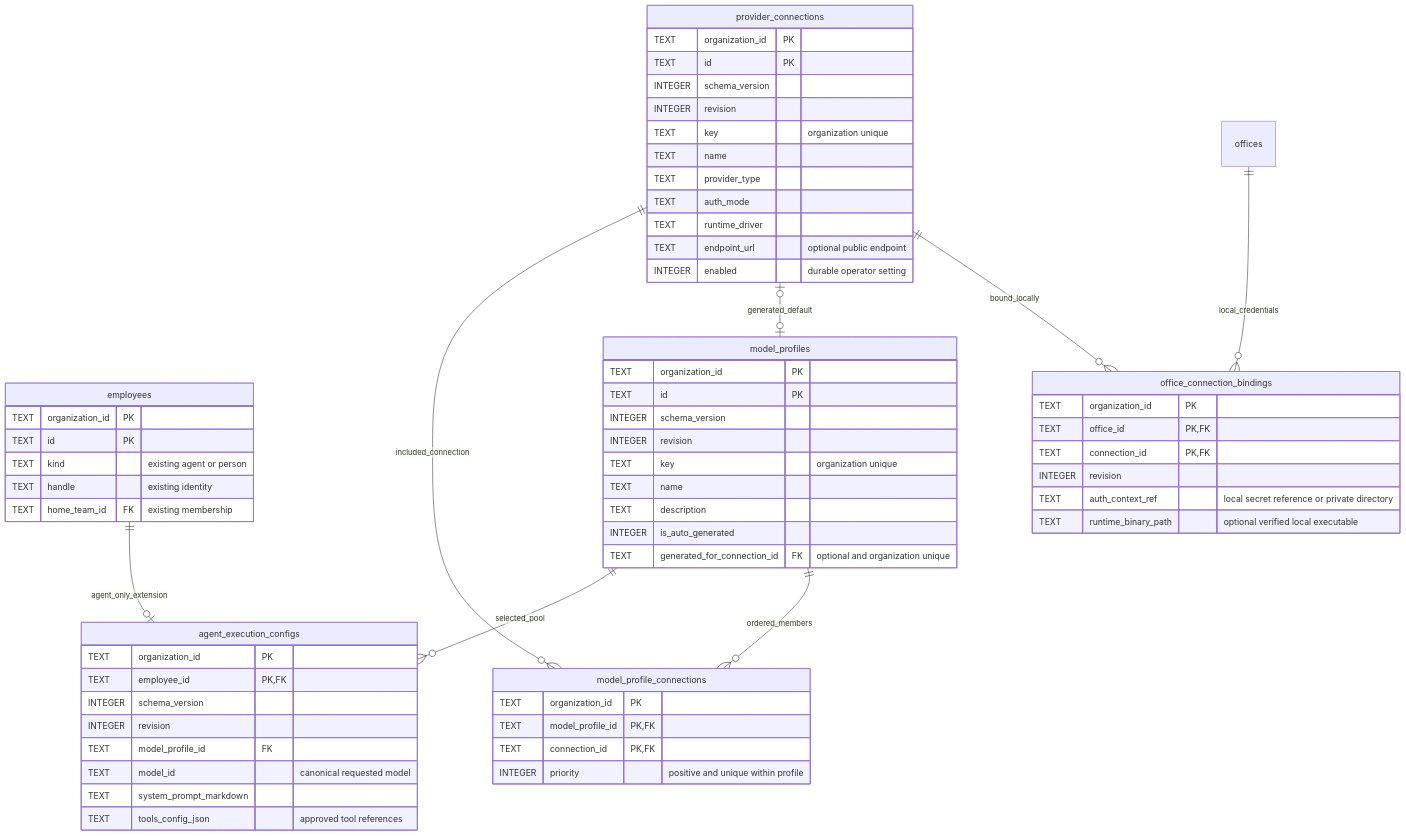
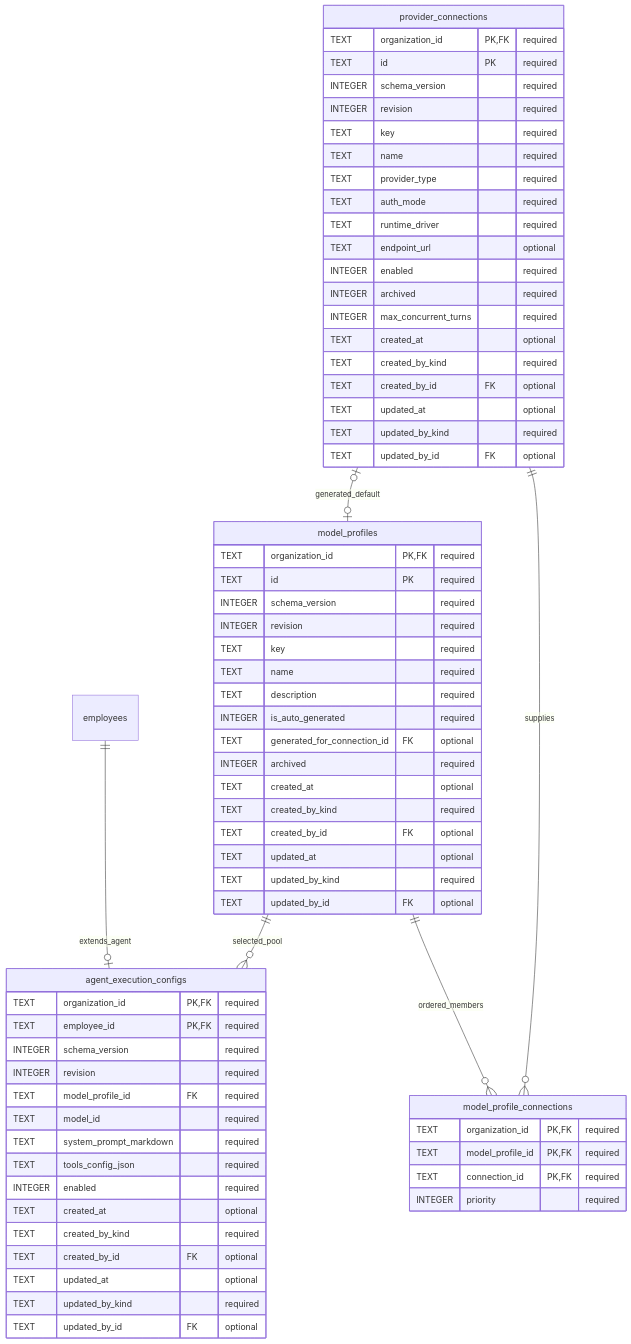
The third of 4 diagrams in docs/design/organization-data/11-agent-execution-pools-addendum.md (vgmello/agentic-org), drawn with Mermaid before and after one commit. The commit also changed other lines of this file, not shown here.

Commit message:
docs: define agent execution implementation contract

````diff
--- a/docs/design/organization-data/11-agent-execution-pools-addendum.md
+++ b/docs/design/organization-data/11-agent-execution-pools-addendum.md
@@ -71,65 +299,70 @@
 ```mermaid
 erDiagram
-    employees ||--o| agent_execution_configs : agent_only_extension
+    employees ||--o| agent_execution_configs : extends_agent
     model_profiles ||--o{ agent_execution_configs : selected_pool
     model_profiles ||--o{ model_profile_connections : ordered_members
-    provider_connections ||--o{ model_profile_connections : included_connection
+    provider_connections ||--o{ model_profile_connections : supplies
     provider_connections o|--o| model_profiles : generated_default
-    offices ||--o{ office_connection_bindings : local_credentials
-    provider_connections ||--o{ office_connection_bindings : bound_locally
-    employees {
-        TEXT organization_id PK
-        TEXT id PK
-        TEXT kind "existing agent or person"
-        TEXT handle "existing identity"
-        TEXT home_team_id FK "existing membership"
+    provider_connections {
+        TEXT organization_id PK, FK "required"
+        TEXT id PK "required"
+        INTEGER schema_version "required"
+        INTEGER revision "required"
+        TEXT key "required"
+        TEXT name "required"
+        TEXT provider_type "required"
+        TEXT auth_mode "required"
+        TEXT runtime_driver "required"
+        TEXT endpoint_url "optional"
+        INTEGER enabled "required"
+        INTEGER archived "required"
+        INTEGER max_concurrent_turns "required"
+        TEXT created_at "optional"
+        TEXT created_by_kind "required"
+        TEXT created_by_id FK "optional"
+        TEXT updated_at "optional"
+        TEXT updated_by_kind "required"
+        TEXT updated_by_id FK "optional"
+    }
+    model_profiles {
+        TEXT organization_id PK, FK "required"
+        TEXT id PK "required"
+        INTEGER schema_version "required"
+        INTEGER revision "required"
+        TEXT key "required"
+        TEXT name "required"
+        TEXT description "required"
+        INTEGER is_auto_generated "required"
+        TEXT generated_for_connection_id FK "optional"
+        INTEGER archived "required"
+        TEXT created_at "optional"
+        TEXT created_by_kind "required"
+        TEXT created_by_id FK "optional"
+        TEXT updated_at "optional"
+        TEXT updated_by_kind "required"
+        TEXT updated_by_id FK "optional"
+    }
+    model_profile_connections {
+        TEXT organization_id PK, FK "required"
+        TEXT model_profile_id PK, FK "required"
+        TEXT connection_id PK, FK "required"
+        INTEGER priority "required"
     }
     agent_execution_configs {
-        TEXT organization_id PK
-        TEXT employee_id PK, FK
-        INTEGER schema_version
-        INTEGER revision
-        TEXT model_profile_id FK
-        TEXT model_id "canonical requested model"
-        TEXT system_prompt_markdown
-        TEXT tools_config_json "approved tool references"
-    }
-    provider_connections {
-        TEXT organization_id PK
-        TEXT id PK
-        INTEGER schema_version
-        INTEGER revision
-        TEXT key "organization unique"
-        TEXT name
-        TEXT provider_type
-        TEXT auth_mode
-        TEXT runtime_driver
-        TEXT endpoint_url "optional public endpoint"
-        INTEGER enabled "durable operator setting"
-    }
-    model_profiles {
-        TEXT organization_id PK
-        TEXT id PK
-        INTEGER schema_version
-        INTEGER revision
-        TEXT key "organization unique"
-        TEXT name
-        TEXT description
-        INTEGER is_auto_generated
-        TEXT generated_for_connection_id FK "optional and organization unique"
-    }
-    model_profile_connections {
-        TEXT organization_id PK
-        TEXT model_profile_id PK, FK
-        TEXT connection_id PK, FK
-        INTEGER priority "positive and unique within profile"
-    }
-    office_connection_bindings {
-        TEXT organization_id PK
-        TEXT office_id PK, FK
-        TEXT connection_id PK, FK
-        INTEGER revision
-        TEXT auth_context_ref "local secret reference or private directory"
-        TEXT runtime_binary_path "optional verified local executable"
+        TEXT organization_id PK, FK "required"
+        TEXT employee_id PK, FK "required"
+        INTEGER schema_version "required"
+        INTEGER revision "required"
+        TEXT model_profile_id FK "required"
+        TEXT model_id "required"
+        TEXT system_prompt_markdown "required"
+        TEXT tools_config_json "required"
+        INTEGER enabled "required"
+        TEXT created_at "optional"
+        TEXT created_by_kind "required"
+        TEXT created_by_id FK "optional"
+        TEXT updated_at "optional"
+        TEXT updated_by_kind "required"
+        TEXT updated_by_id FK "optional"
     }
 ```
````
